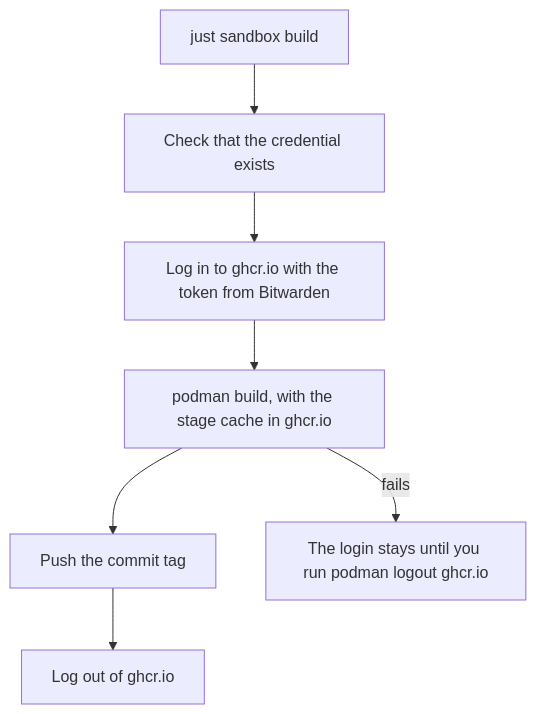
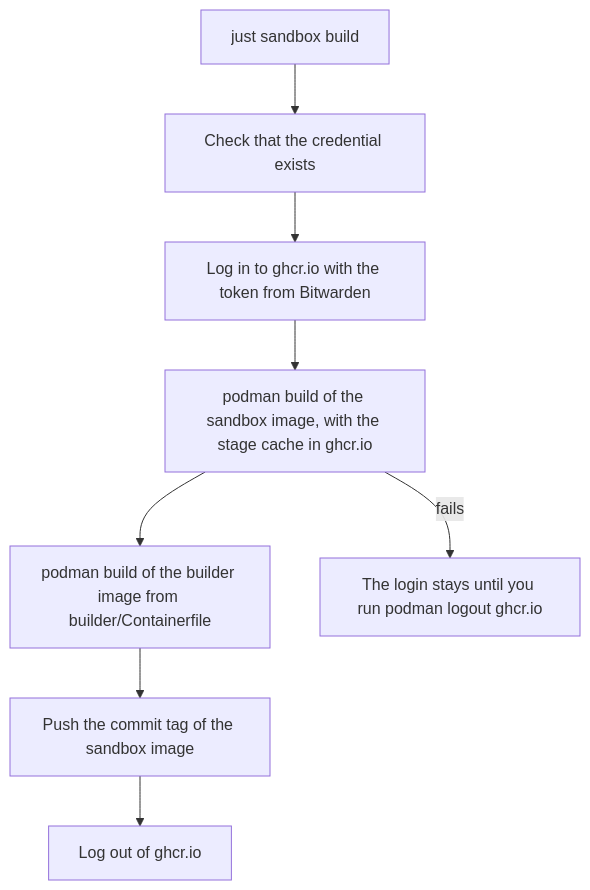
The third of 4 diagrams in .sandbox/README.md (raghav19/engineersdaybook), drawn with Mermaid before and after one commit. The commit also changed other lines of this file and 21 other files, not shown here.

First line of the commit message:
sandbox: build with docker and buildx through a build proxy

````diff
--- a/.sandbox/README.md
+++ b/.sandbox/README.md
@@ -152,9 +163,10 @@
 ```mermaid
 flowchart TD
     A["just sandbox build"] --> B["Check that the credential exists"]
     B --> C["Log in to ghcr.io with the token from Bitwarden"]
-    C --> D["podman build, with the stage cache in ghcr.io"]
-    D --> E["Push the commit tag"]
+    C --> D["podman build of the sandbox image, with the stage cache in ghcr.io"]
+    D --> D2["podman build of the builder image from builder/Containerfile"]
+    D2 --> E["Push the commit tag of the sandbox image"]
     E --> F["Log out of ghcr.io"]
     D -->|fails| G["The login stays until you run podman logout ghcr.io"]
 ```
````
